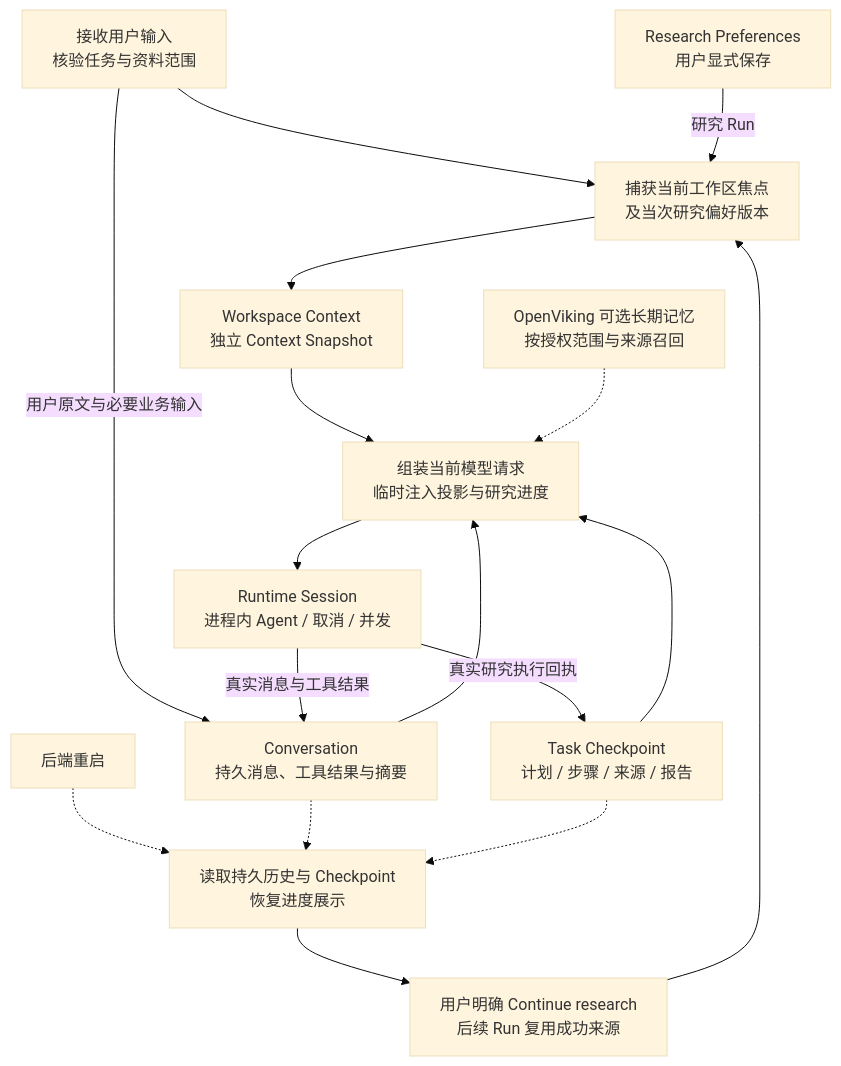
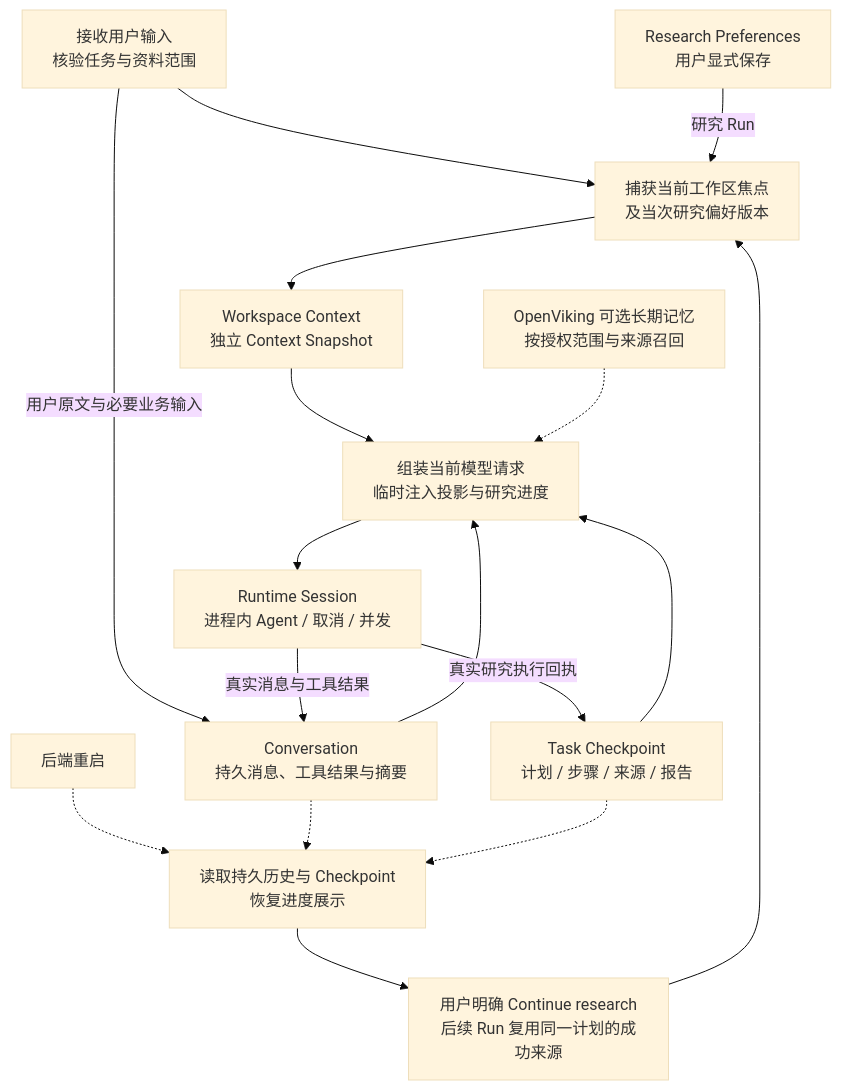
Before and after one commit to ChaoDiDiaoAA/Flowmate: the seventh of 7 diagrams in README.md, drawn with Mermaid (base theme). The commit also changed other lines of this file and 57 other files, not shown here.

````diff
--- a/README.md
+++ b/README.md
@@ -260,19 +268,19 @@
 ```mermaid
 flowchart TB
   Input["接收用户输入<br/>核验任务与资料范围"] --> Capture["捕获当前工作区焦点<br/>及当次研究偏好版本"]
   Preferences["Research Preferences<br/>用户显式保存"] -->|"研究 Run"| Capture
   Capture --> Snapshot["Workspace Context<br/>独立 Context Snapshot"]
   Input -->|"用户原文与必要业务输入"| Conversation["Conversation<br/>持久消息、工具结果与摘要"]
   Snapshot --> Request["组装当前模型请求<br/>临时注入投影与研究进度"]
   Conversation --> Request
   Memory["OpenViking 可选长期记忆<br/>按授权范围与来源召回"] -.-> Request
   Checkpoint["Task Checkpoint<br/>计划 / 步骤 / 来源 / 报告"] --> Request
   Request --> Runtime["Runtime Session<br/>进程内 Agent / 取消 / 并发"]
   Runtime -->|"真实消息与工具结果"| Conversation
   Runtime -->|"真实研究执行回执"| Checkpoint
   Startup["后端重启"] -.-> Restore["读取持久历史与 Checkpoint<br/>恢复进度展示"]
   Conversation -.-> Restore
   Checkpoint -.-> Restore
-  Restore --> Continue["用户明确 Continue research<br/>后续 Run 复用成功来源"]
+  Restore --> Continue["用户明确 Continue research<br/>后续 Run 复用同一计划的成功来源"]
   Continue --> Capture
 ```
````
